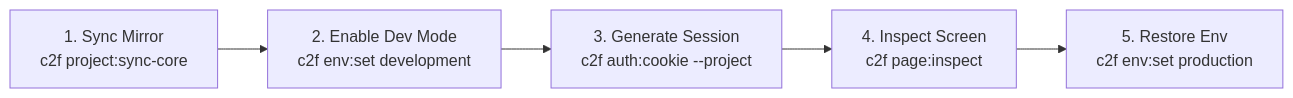
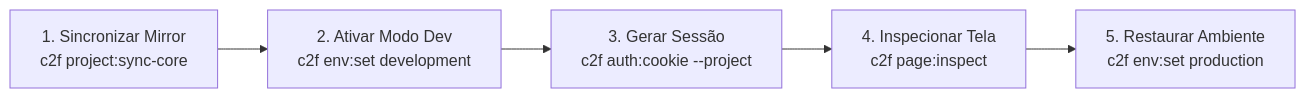
Before and after one commit to otavioserra/conn2flow-ai-workspace: the diagram in templates/en/templates/private-project-claude-kit/.claude/skills/c2f-agent-visual-inspection/SKILL.md, drawn with Mermaid. The commit also changed other lines of this file and 97 other files, not shown here.

````diff
--- a/templates/en/templates/private-project-claude-kit/.claude/skills/c2f-agent-visual-inspection/SKILL.md
+++ b/templates/en/templates/private-project-claude-kit/.claude/skills/c2f-agent-visual-inspection/SKILL.md
@@ -18,7 +18,7 @@
 ```mermaid
 graph LR
-    S1["1. Sync Mirror<br/>c2f project:sync-core"] --> S2["2. Enable Dev Mode<br/>c2f env:set development"]
-    S2 --> S3["3. Generate Session<br/>c2f auth:cookie --project"]
-    S3 --> S4["4. Inspect Screen<br/>c2f page:inspect"]
-    S4 --> S5["5. Restore Env<br/>c2f env:set production"]
+    S1["1. Sincronizar Mirror<br/>c2f project:sync-core"] --> S2["2. Ativar Modo Dev<br/>c2f env:set development"]
+    S2 --> S3["3. Gerar Sessão<br/>c2f auth:cookie --project"]
+    S3 --> S4["4. Inspecionar Tela<br/>c2f page:inspect"]
+    S4 --> S5["5. Restaurar Ambiente<br/>c2f env:set production"]
 ```
````
